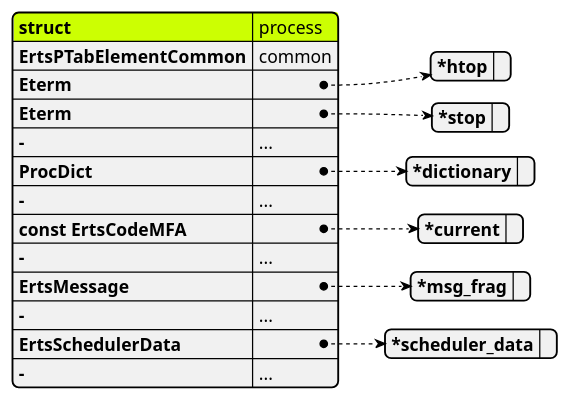
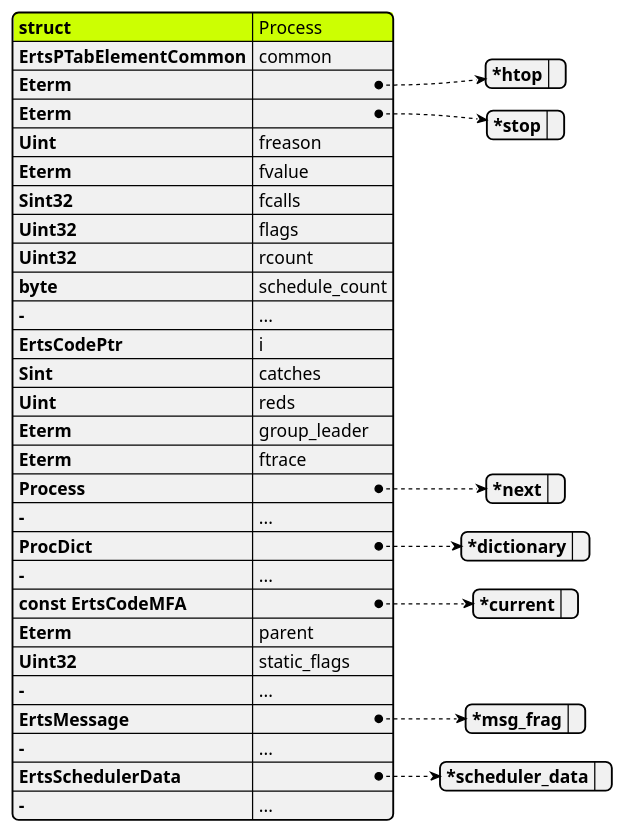
One commit to ohr486/ErlHG changed the first of 5 diagrams in data.md. Above: the diagram before and after it, drawn with PlantUML. The commit also changed other lines of this file, not shown here.

Commit message:
add ErtsPTab

````diff
--- a/data.md
+++ b/data.md
@@ -7,21 +7,36 @@
 ```plantuml
 @startjson
 #highlight "struct"
 #highlight "ProcDict": "struct"
 {
-    "struct": "process",
+    "struct": "Process",
     "ErtsPTabElementCommon": "common",
     "Eterm": {"*htop": ""},
     "Eterm": {"*stop": ""},
+    "Uint": "freason",
+    "Eterm": "fvalue",
+    "Sint32": "fcalls",
+    "Uint32": "flags",
+    "Uint32": "rcount",
+    "byte": "schedule_count",
+    "-": "...",
+    "ErtsCodePtr": "i",
+    "Sint": "catches",
+    "Uint": "reds",
+    "Eterm": "group_leader",
+    "Eterm": "ftrace",
+    "Process": {"*next": ""},
     "-": "...",
     "ProcDict": {"*dictionary": ""},
     "-": "...",
     "const ErtsCodeMFA": {"*current": ""},
+    "Eterm": "parent",
+    "Uint32": "static_flags",
     "-": "...",
     "ErtsMessage": {"*msg_frag": ""},
     "-": "...",
     "ErtsSchedulerData": {"*scheduler_data": ""},
     "-": "..."
 }
 @endjson
 ```
````
